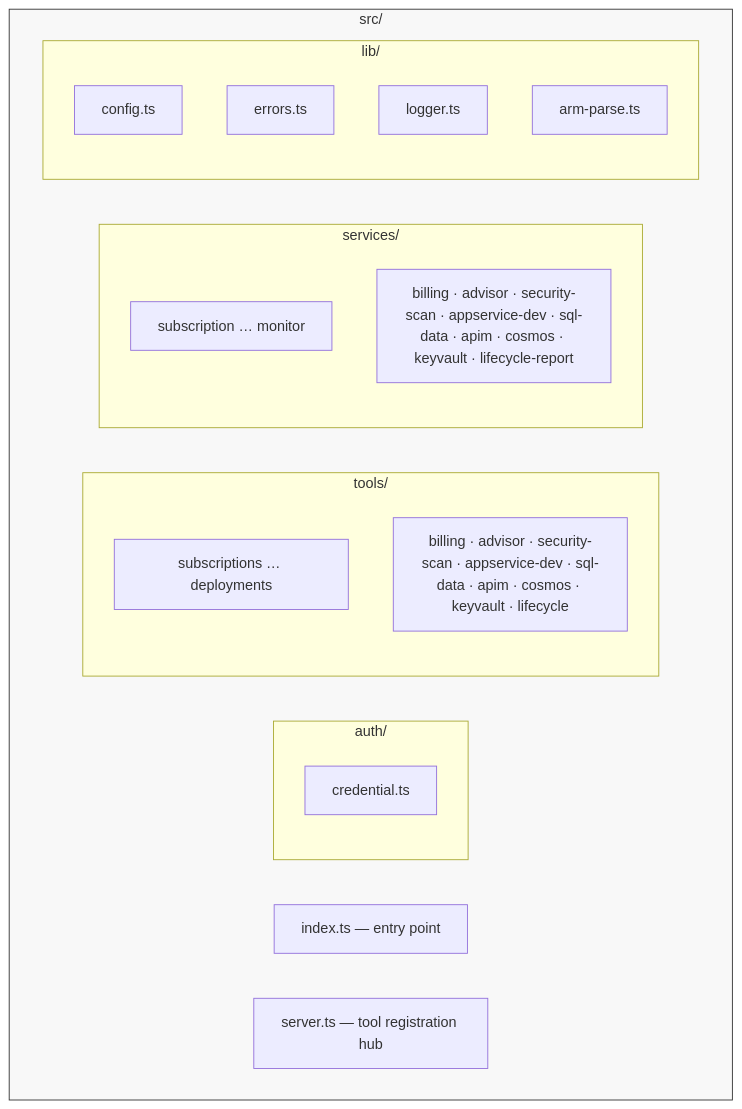
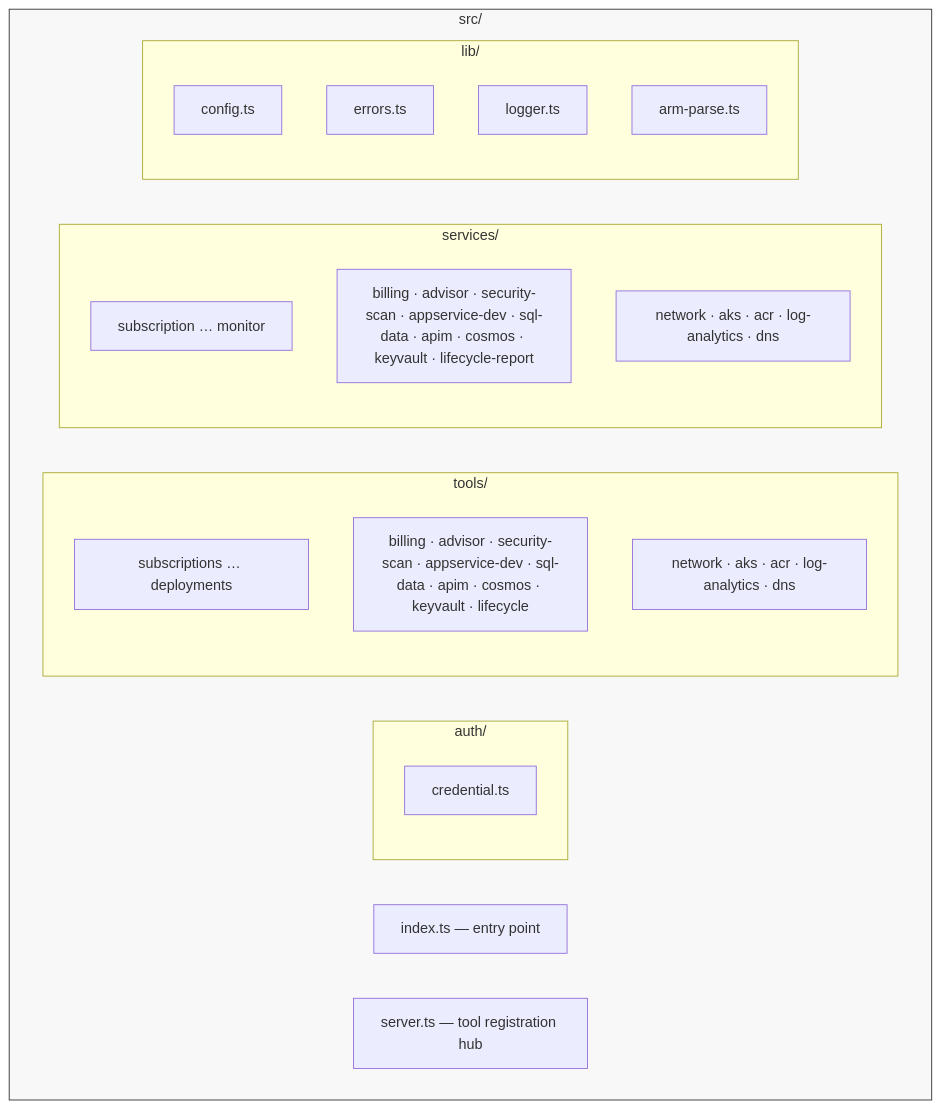
Before and after one commit to pxkundu/azure-observer-mcp: the sixth of 8 diagrams in ARCHITECTURE.md, drawn with Mermaid. The commit also changed other lines of this file and 19 other files, not shown here.

````diff
--- a/ARCHITECTURE.md
+++ b/ARCHITECTURE.md
@@ -277,30 +306,32 @@
 ```mermaid
 graph TD
     subgraph src["src/"]
         IDX["index.ts — entry point"]
         SRV["server.ts — tool registration hub"]
 
         subgraph auth["auth/"]
             CRED["credential.ts"]
         end
 
         subgraph tools["tools/"]
             TCORE["subscriptions … deployments"]
             TV2["billing · advisor · security-scan · appservice-dev · sql-data · apim · cosmos · keyvault · lifecycle"]
+            TV3["network · aks · acr · log-analytics · dns"]
         end
 
         subgraph services["services/"]
             SCORE["subscription … monitor"]
             SV2["billing · advisor · security-scan · appservice-dev · sql-data · apim · cosmos · keyvault · lifecycle-report"]
+            SV3["network · aks · acr · log-analytics · dns"]
         end
 
         subgraph lib["lib/"]
             CFG["config.ts"]
             ERR["errors.ts"]
             LOG["logger.ts"]
             ARM["arm-parse.ts"]
         end
     end
 
     style src fill:#f8f8f8,stroke:#333
 ```
````
